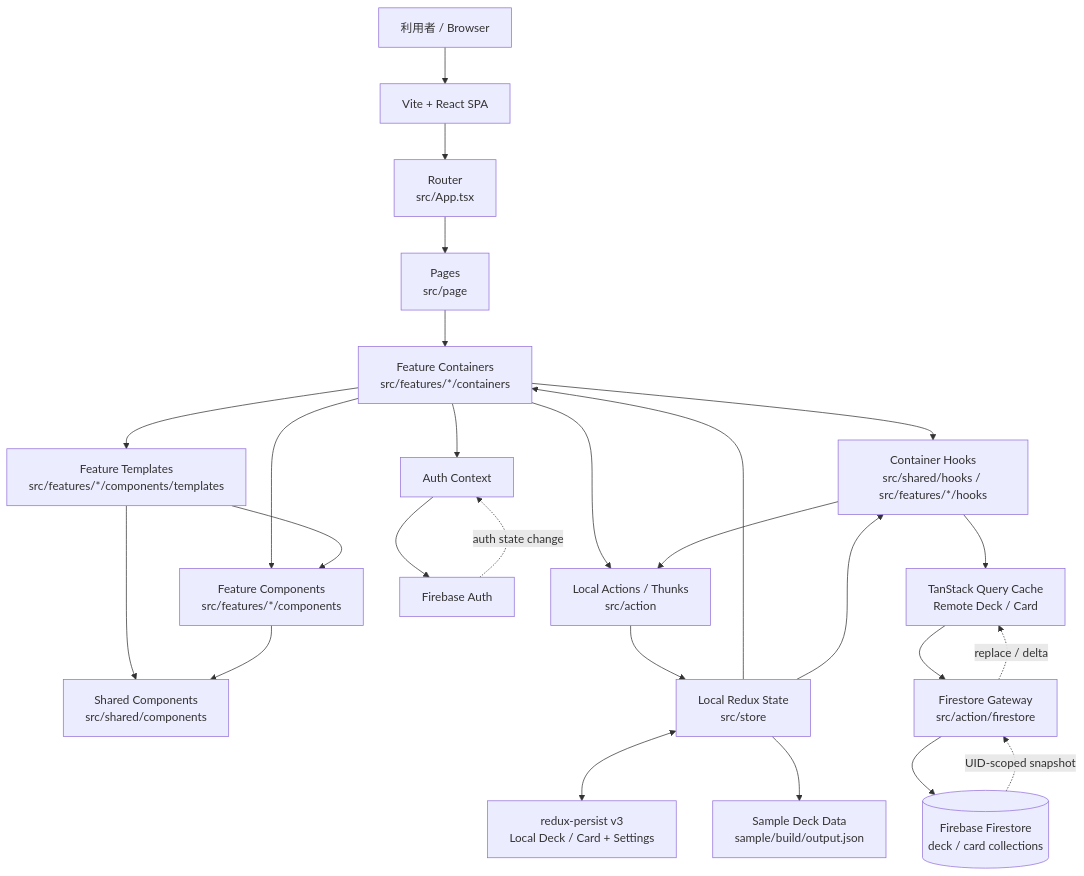
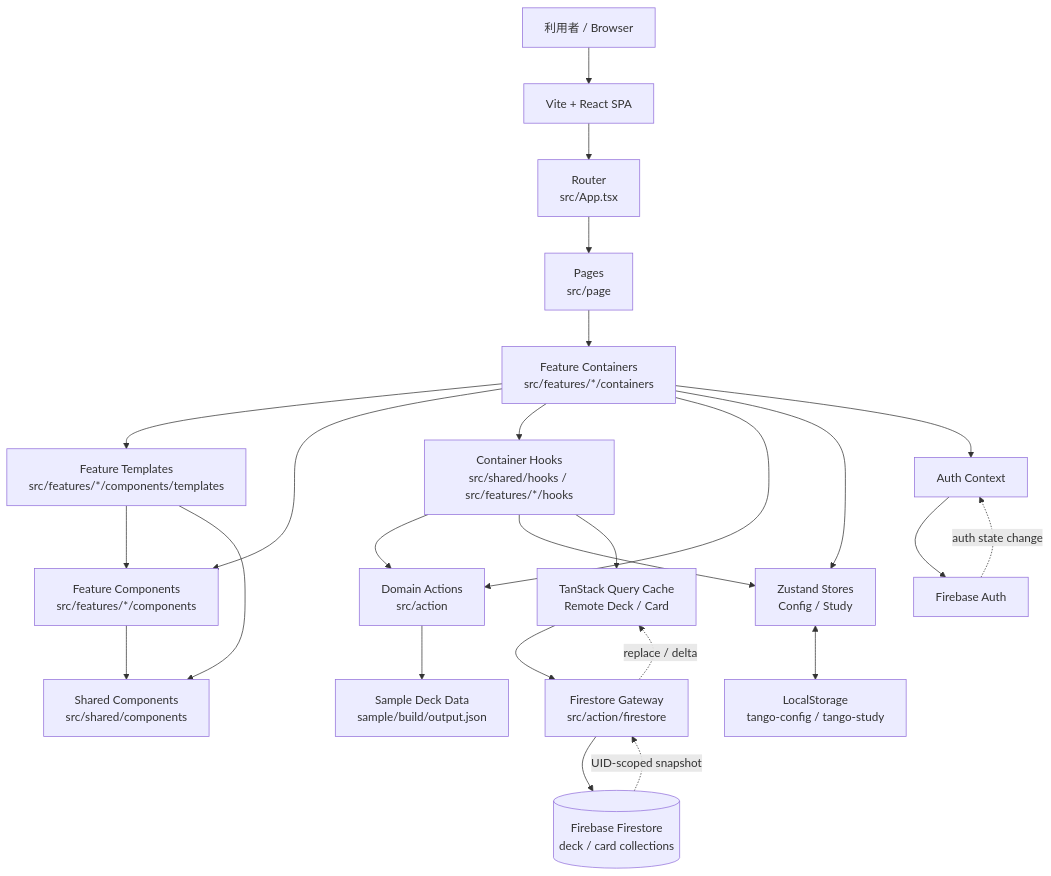
The diagram in docs/architecture.md (her0e1c1/tango), drawn with Mermaid before and after one commit. The commit also changed other lines of this file and 91 other files, not shown here.

````diff
--- a/docs/architecture.md
+++ b/docs/architecture.md
@@ -3,30 +3,28 @@
 ```mermaid
 flowchart TD
     U[利用者 / Browser] --> V[Vite + React SPA]
     V --> R[Router<br/>src/App.tsx]
     R --> P[Pages<br/>src/page]
     P --> C[Feature Containers<br/>src/features/*/containers]
     C --> T[Feature Templates<br/>src/features/*/components/templates]
     C --> FC[Feature Components<br/>src/features/*/components]
     T --> FC
     T --> SC[Shared Components<br/>src/shared/components]
     FC --> SC
 
     C --> H[Container Hooks<br/>src/shared/hooks / src/features/*/hooks]
-    C --> A[Local Actions / Thunks<br/>src/action]
+    C --> A[Domain Actions<br/>src/action]
     H --> A
-    A --> S[Local Redux State<br/>src/store]
-    S --> C
-    S --> H
-
-    S <--> L[redux-persist v3<br/>Local Deck / Card + Settings]
-    S --> I[Sample Deck Data<br/>sample/build/output.json]
+    C --> Z[Zustand Stores<br/>Config / Study]
+    H --> Z
+    Z <--> L[LocalStorage<br/>tango-config / tango-study]
+    A --> I[Sample Deck Data<br/>sample/build/output.json]
     C --> AC[Auth Context]
     AC --> AU[Firebase Auth]
     H --> Q[TanStack Query Cache<br/>Remote Deck / Card]
     Q --> F[Firestore Gateway<br/>src/action/firestore]
     F --> DB[(Firebase Firestore<br/>deck / card collections)]
     AU -. auth state change .-> AC
     DB -. UID-scoped snapshot .-> F
     F -. replace / delta .-> Q
 ```
````
